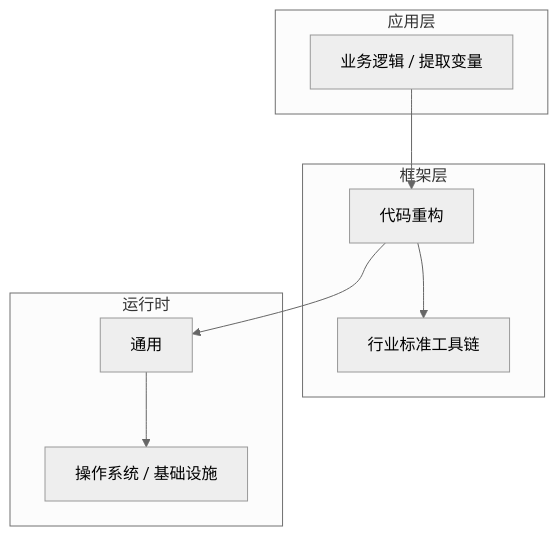
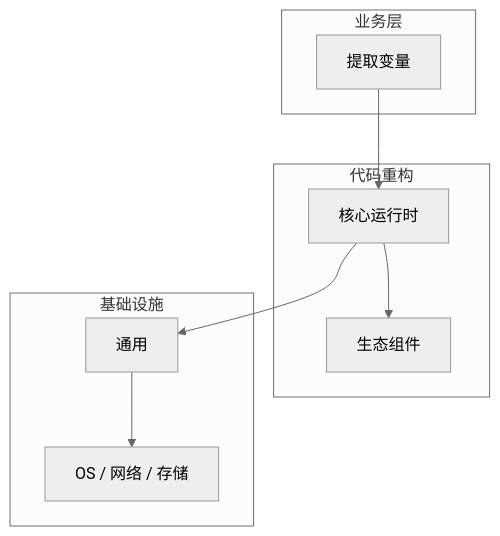
Before and after one commit to yanggan2015/knowledge-json-v2: the diagram in articles/代码重构/chapters/025-提取变量核心概念与原理.md, drawn with Mermaid (neutral theme). The commit also changed other lines of this file and 10127 other files, not shown here.

````diff
--- a/articles/代码重构/chapters/025-提取变量核心概念与原理.md
+++ b/articles/代码重构/chapters/025-提取变量核心概念与原理.md
@@ -45,18 +34,18 @@
 ```mermaid
 graph TB
-    subgraph 应用层
-        A[业务逻辑 / 提取变量]
+    subgraph 业务层
+        A[提取变量]
     end
-    subgraph 框架层
-        B[代码重构]
-        C[行业标准工具链]
+    subgraph 代码重构
+        B[核心运行时]
+        C[生态组件]
     end
-    subgraph 运行时
+    subgraph 基础设施
         D[通用]
-        E[操作系统 / 基础设施]
+        E[OS / 网络 / 存储]
     end
     A --> B
     B --> C
     B --> D
     D --> E
 ```
````
